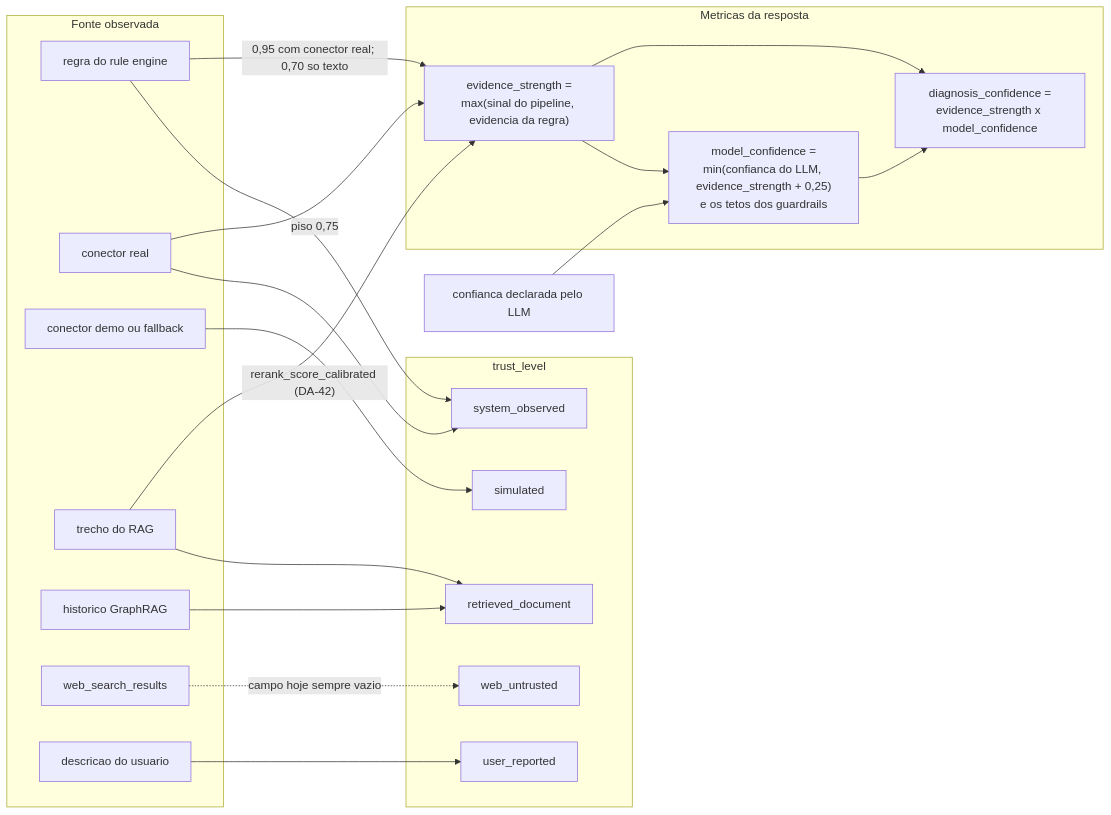
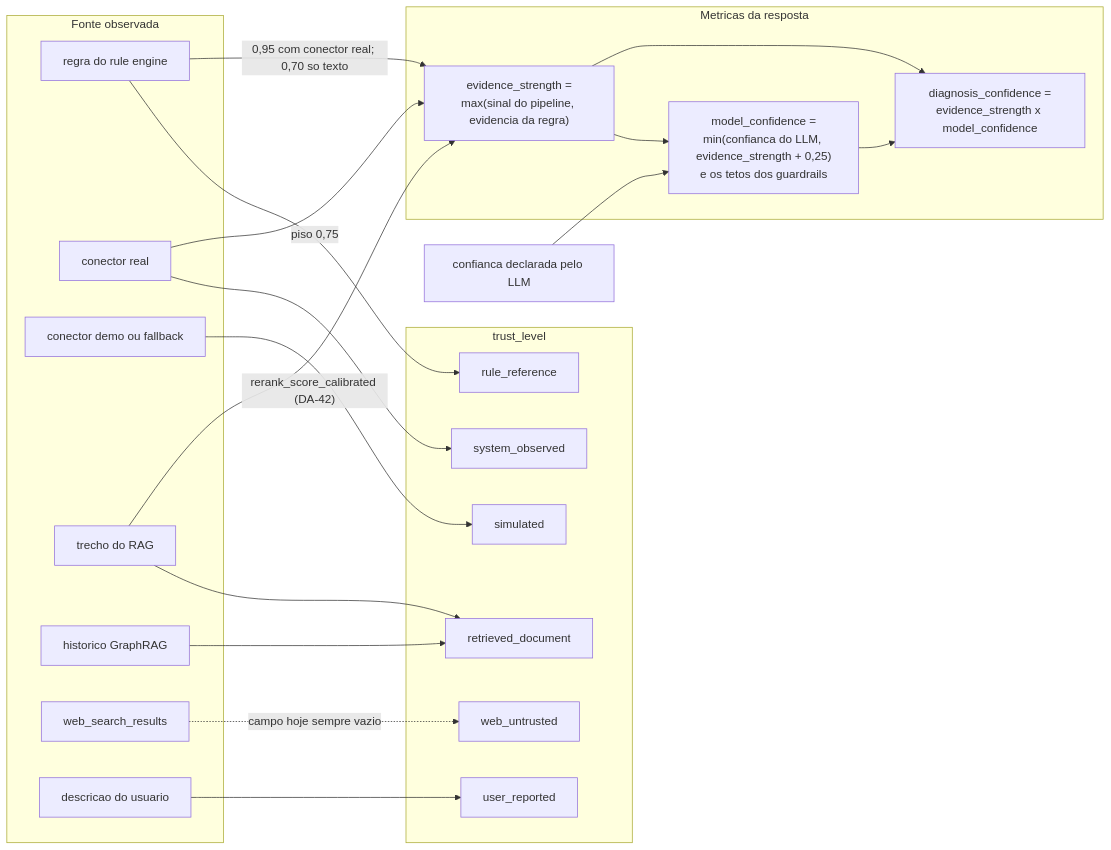
Before and after one commit to marcos-slima/integration-incident-copilot: diagram 14 of 28 in docs/ARCHITECTURE.md, drawn with Mermaid. The commit also changed other lines of this file and 83 other files, not shown here.

````diff
--- a/docs/ARCHITECTURE.md
+++ b/docs/ARCHITECTURE.md
@@ -473,39 +474,40 @@
 ```mermaid
 flowchart LR
     subgraph fontes["Fonte observada"]
         re["regra do rule engine"]
         cr["conector real"]
         cm["conector demo ou fallback"]
         rag["trecho do RAG"]
         gh["historico GraphRAG"]
         ws["web_search_results"]
         ds["descricao do usuario"]
     end
     subgraph trust["trust_level"]
         so["system_observed"]
+        rr["rule_reference"]
         si["simulated"]
         rd["retrieved_document"]
         wu["web_untrusted"]
         ur["user_reported"]
     end
-    re --> so
+    re --> rr
     cr --> so
     cm --> si
     rag --> rd
     gh --> rd
     ws -.->|"campo hoje sempre vazio"| wu
     ds --> ur
 
     subgraph calc["Metricas da resposta"]
         es["evidence_strength =<br/>max(sinal do pipeline, evidencia da regra)"]
         mc["model_confidence =<br/>min(confianca do LLM, evidence_strength + 0,25)<br/>e os tetos dos guardrails"]
         dc["diagnosis_confidence =<br/>evidence_strength x model_confidence"]
     end
     rag -->|"rerank_score_calibrated (DA-42)"| es
     cr -->|"piso 0,75"| es
     re -->|"0,95 com conector real; 0,70 so texto"| es
     es --> mc
     llm["confianca declarada pelo LLM"] --> mc
     es --> dc
     mc --> dc
 ```
````
